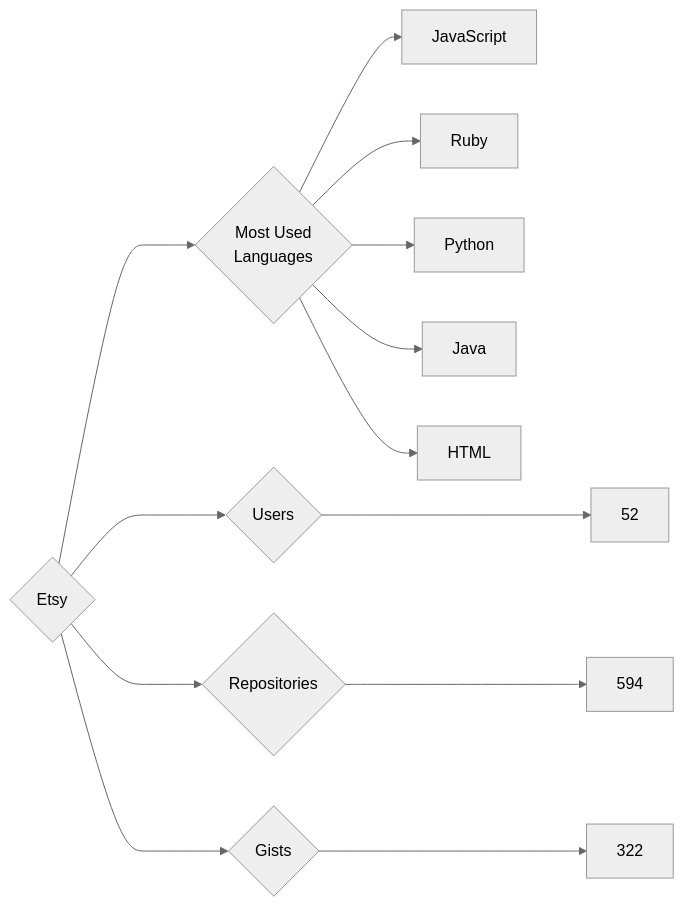
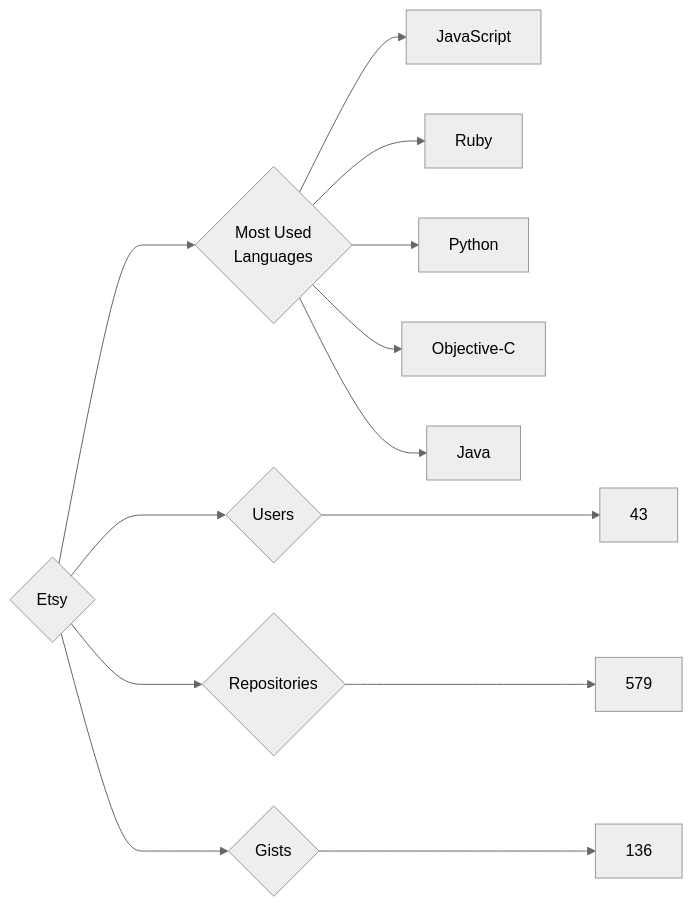
Before and after one commit to trickest/insiders: the diagram in targets/Etsy/README.md, drawn with Mermaid (neutral theme). The commit also changed 899 other files, not shown here.

````diff
--- a/targets/Etsy/README.md
+++ b/targets/Etsy/README.md
@@ -3,13 +3,13 @@
 ```mermaid
 graph LR
 COMPANY_NAME{Etsy}
-COMPANY_NAME ---> U{Users} ---> UN[52]
-COMPANY_NAME ---> R{Repositories} ---> RN[594]
-COMPANY_NAME ---> G{Gists} ---> GN[322]
+COMPANY_NAME ---> U{Users} ---> UN[43]
+COMPANY_NAME ---> R{Repositories} ---> RN[579]
+COMPANY_NAME ---> G{Gists} ---> GN[136]
 COMPANY_NAME ---> ML{Most Used<br>Languages}
 ML --> JavaScript[JavaScript]
 ML --> Ruby[Ruby]
 ML --> Python[Python]
+ML --> Objective-C[Objective-C]
 ML --> Java[Java]
-ML --> HTML[HTML]
 ```
````
